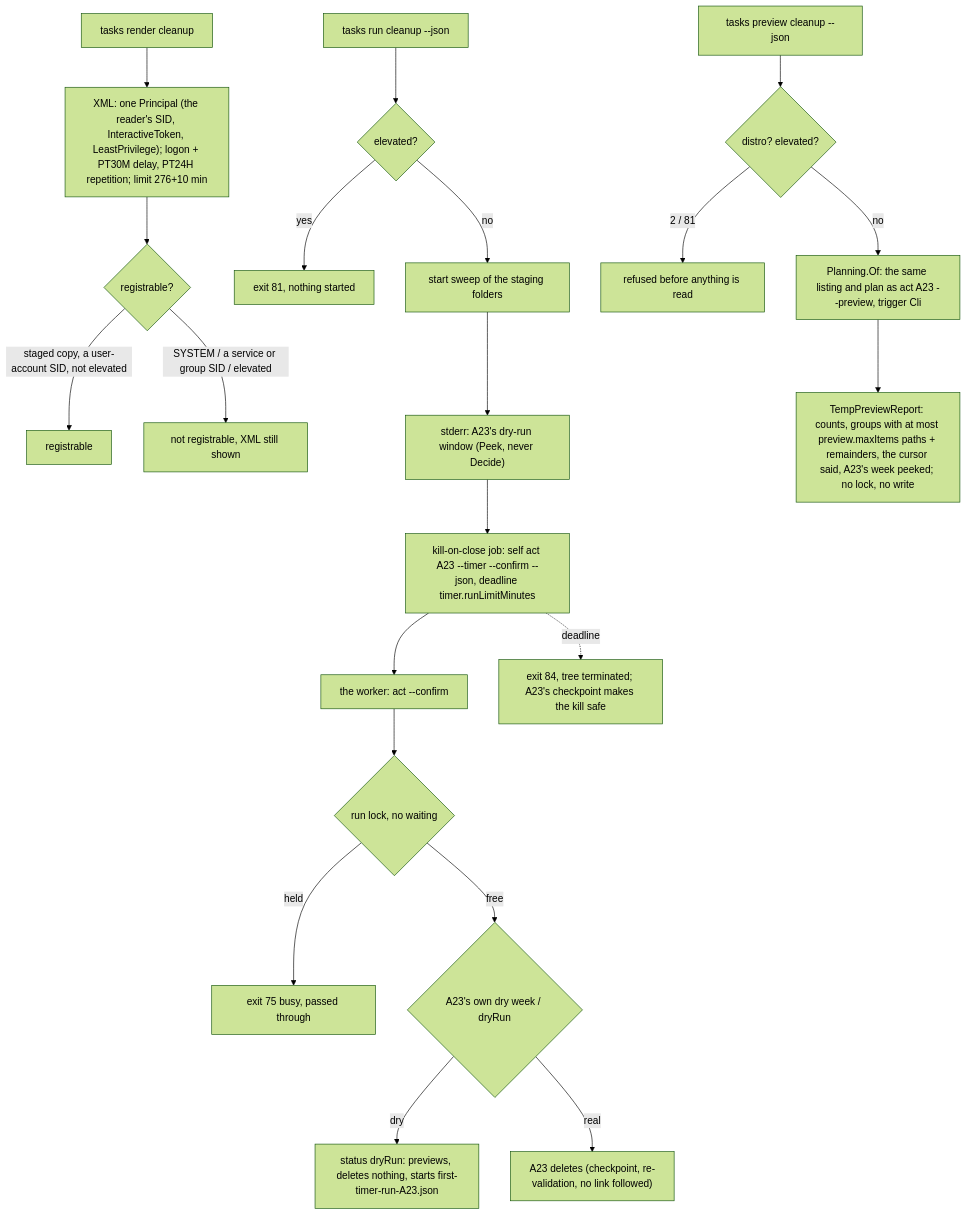
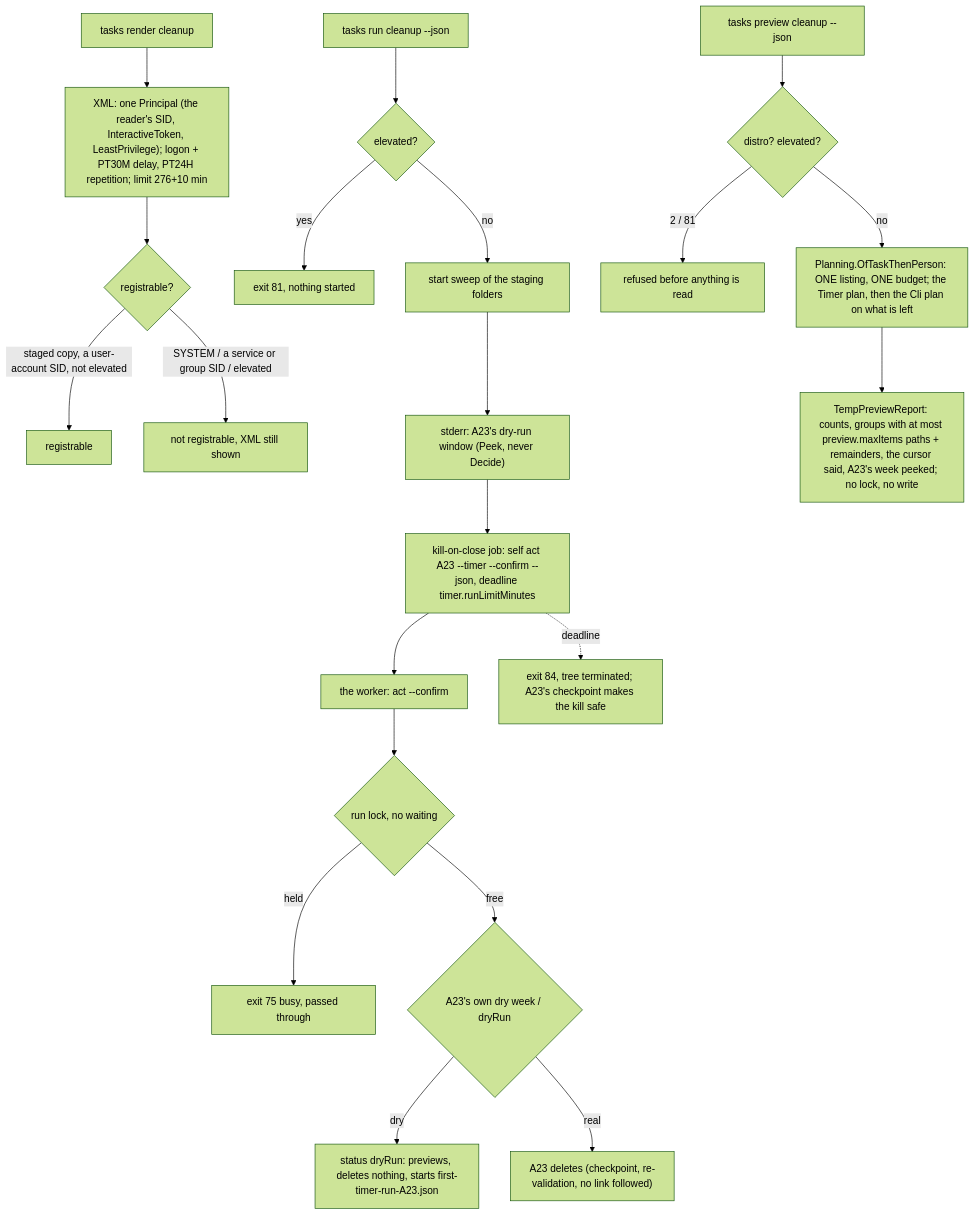
One commit to oleksandrdubyna88/wsl_care changed diagram 12 of 20 in research/module_daemon.md. Above: the diagram before and after it, drawn with Mermaid (forest theme). The commit also changed other lines of this file and 14 other files, not shown here.

First line of the commit message:
fix(tasks): WR-T2 code round 4663beda - one listing and one budget for the preview, one id constant

````diff
--- a/research/module_daemon.md
+++ b/research/module_daemon.md
@@ -806,22 +806,22 @@
 ```mermaid
 flowchart TD
     R["tasks render cleanup"] --> RX["XML: one Principal (the reader's SID, InteractiveToken, LeastPrivilege); logon + PT30M delay, PT24H repetition; limit 276+10 min"]
     RX --> G{"registrable?"}
     G -- "staged copy, a user-account SID, not elevated" --> OK[registrable]
     G -- "SYSTEM / a service or group SID / elevated" --> NO[not registrable, XML still shown]
     U["tasks run cleanup --json"] --> EL{"elevated?"}
     EL -- yes --> E81["exit 81, nothing started"]
     EL -- no --> SW["start sweep of the staging folders"] --> PK["stderr: A23's dry-run window (Peek, never Decide)"]
     PK --> JOB["kill-on-close job: self act A23 --timer --confirm --json, deadline timer.runLimitMinutes"]
     JOB --> W["the worker: act --confirm"]
     W --> L{"run lock, no waiting"}
     L -- held --> B75["exit 75 busy, passed through"]
     L -- free --> D{"A23's own dry week / dryRun"}
     D -- dry --> DRY["status dryRun: previews, deletes nothing, starts first-timer-run-A23.json"]
     D -- real --> A23["A23 deletes (checkpoint, re-validation, no link followed)"]
     JOB -. "deadline" .-> E84["exit 84, tree terminated; A23's checkpoint makes the kill safe"]
     P["tasks preview cleanup --json"] --> PR{"distro? elevated?"}
     PR -- "2 / 81" --> X[refused before anything is read]
-    PR -- no --> PL["Planning.Of: the same listing and plan as act A23 --preview, trigger Cli"]
+    PR -- no --> PL["Planning.OfTaskThenPerson: ONE listing, ONE budget; the Timer plan, then the Cli plan on what is left"]
     PL --> REP["TempPreviewReport: counts, groups with at most preview.maxItems paths + remainders, the cursor said, A23's week peeked; no lock, no write"]
 ```
````
